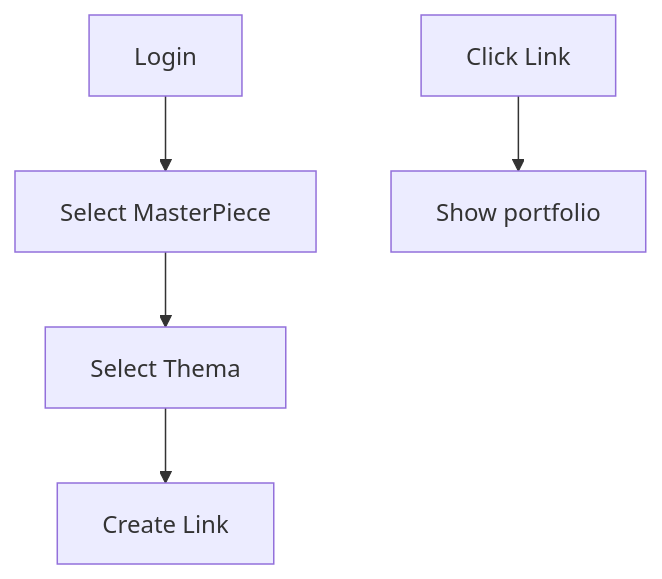
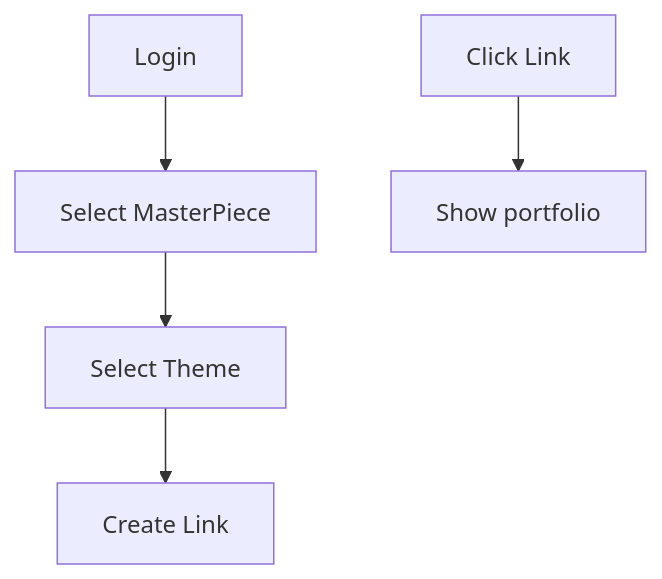
The second of 2 diagrams in ReadME.md (kpuce2022CD/CACA), drawn with Mermaid before and after one commit.

Commit message:
Docs: Fix typo

````diff
--- a/ReadME.md
+++ b/ReadME.md
@@ -39,5 +39,5 @@
 ```mermaid
   graph TD;
-    AA[Login]-->A[Select MasterPiece]-->B[Select Thema]-->C[Create Link];
+    AA[Login]-->A[Select MasterPiece]-->B[Select Theme]-->C[Create Link];
     D[Click Link]-->E[Show portfolio];
 ```
````
